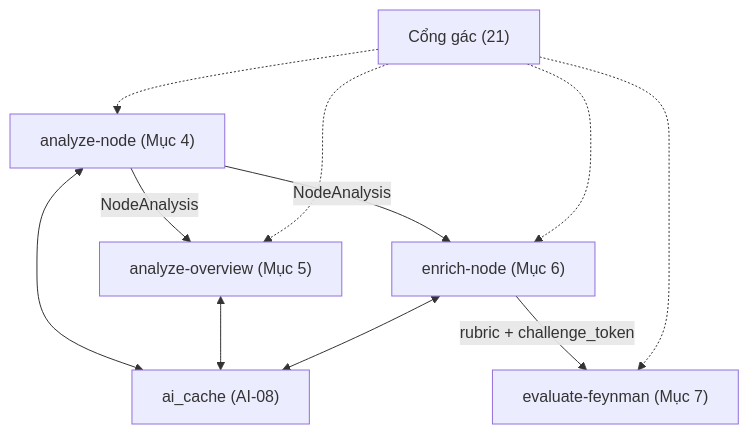
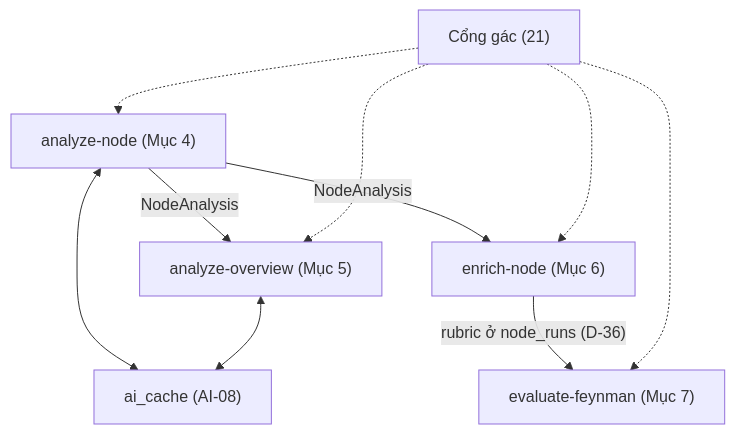
The first of 3 diagrams in spec/20_AI_GOI_VA_PROMPT.md (huynhthanhnhannnh-pixel/Hackathon_SGU), drawn with Mermaid before and after one commit. The commit also changed other lines of this file and 5 other files, not shown here.

````diff
--- a/spec/20_AI_GOI_VA_PROMPT.md
+++ b/spec/20_AI_GOI_VA_PROMPT.md
@@ -10,10 +10,9 @@
 ```mermaid
 flowchart TD
   C["ai_cache (AI-08)"]
   AN["analyze-node (Mục 4)"] -->|NodeAnalysis| OV["analyze-overview (Mục 5)"]
-  AN -->|NodeAnalysis| EN["enrich-node (Mục 6)"] -->|rubric + challenge_token| EF["evaluate-feynman (Mục 7)"]
+  AN -->|NodeAnalysis| EN["enrich-node (Mục 6)"] -->|"rubric ở node_runs (D-36)"| EF["evaluate-feynman (Mục 7)"]
   AN <--> C
   OV <--> C
-  EN <--> C
   G["Cổng gác (21)"] -.-> AN & OV & EN & EF
 ```
````
